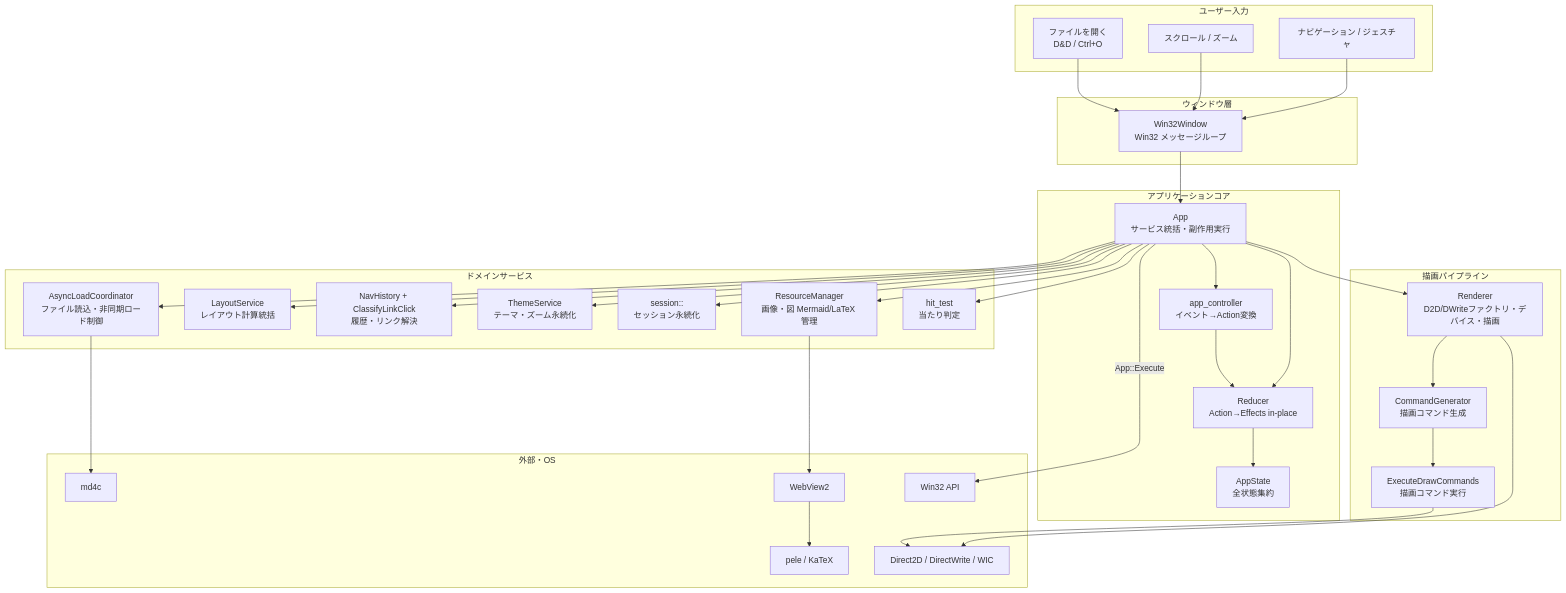
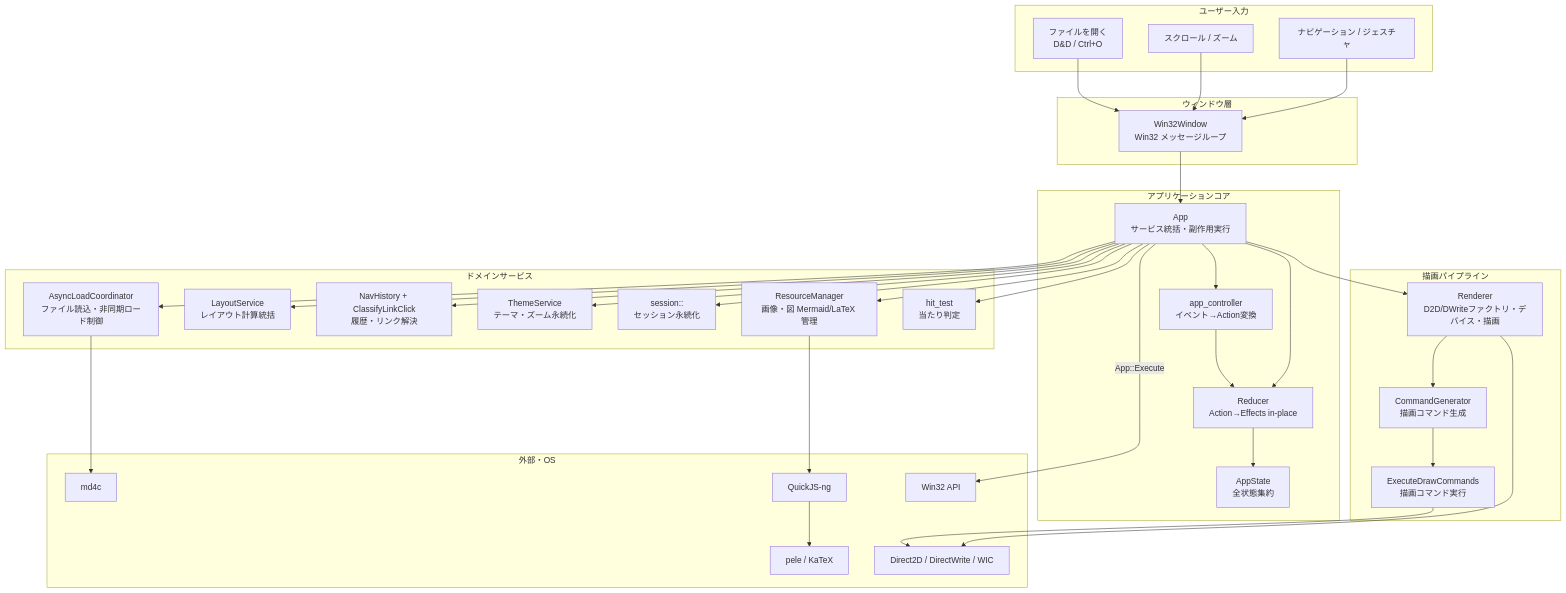
One commit to tanaton/mendo changed the first of 27 diagrams in example/test.md. Above: the diagram before and after it, drawn with Mermaid. The commit also changed other lines of this file and 47 other files, not shown here.

````diff
--- a/example/test.md
+++ b/example/test.md
@@ -36,59 +36,59 @@
 ```mermaid
 graph TB
     subgraph ユーザー入力
         A[ファイルを開く<br>D&D / Ctrl+O]
         B[スクロール / ズーム]
         C[ナビゲーション / ジェスチャ]
     end
 
     subgraph ウィンドウ層
         W[Win32Window<br>Win32 メッセージループ]
     end
 
     subgraph アプリケーションコア
         APP[App<br>サービス統括・副作用実行]
         AS[AppState<br>全状態集約]
         RD[Reducer<br>Action→Effects in-place]
         AC[app_controller<br>イベント→Action変換]
     end
 
     subgraph ドメインサービス
         FLS[AsyncLoadCoordinator<br>ファイル読込・非同期ロード制御]
         LS[LayoutService<br>レイアウト計算統括]
         NH[NavHistory + ClassifyLinkClick<br>履歴・リンク解決]
         TS[ThemeService<br>テーマ・ズーム永続化]
         SS_SVC[session::<br>セッション永続化]
         RM[ResourceManager<br>画像・図 Mermaid/LaTeX 管理]
         HT[hit_test<br>当たり判定]
     end
 
     subgraph 描画パイプライン
         CG[CommandGenerator<br>描画コマンド生成]
         CE[ExecuteDrawCommands<br>描画コマンド実行]
         REN[Renderer<br>D2D/DWriteファクトリ・デバイス・描画]
     end
 
     subgraph "外部・OS"
         MD[md4c]
-        WV[WebView2]
+        QJS[QuickJS-ng]
         MJ[pele / KaTeX]
         D2D_OS[Direct2D / DirectWrite / WIC]
         OS[Win32 API]
     end
 
     A & B & C --> W
     W --> APP
     APP --> AC
     AC --> RD
     APP --> RD
     RD --> AS
     APP -->|App::Execute| OS
     APP --> REN
     REN --> CG
     CG --> CE
     CE & REN --> D2D_OS
     APP --> FLS & LS & NH & TS & SS_SVC & RM & HT
     FLS --> MD
-    RM --> WV
-    WV --> MJ
+    RM --> QJS
+    QJS --> MJ
 ```
````
